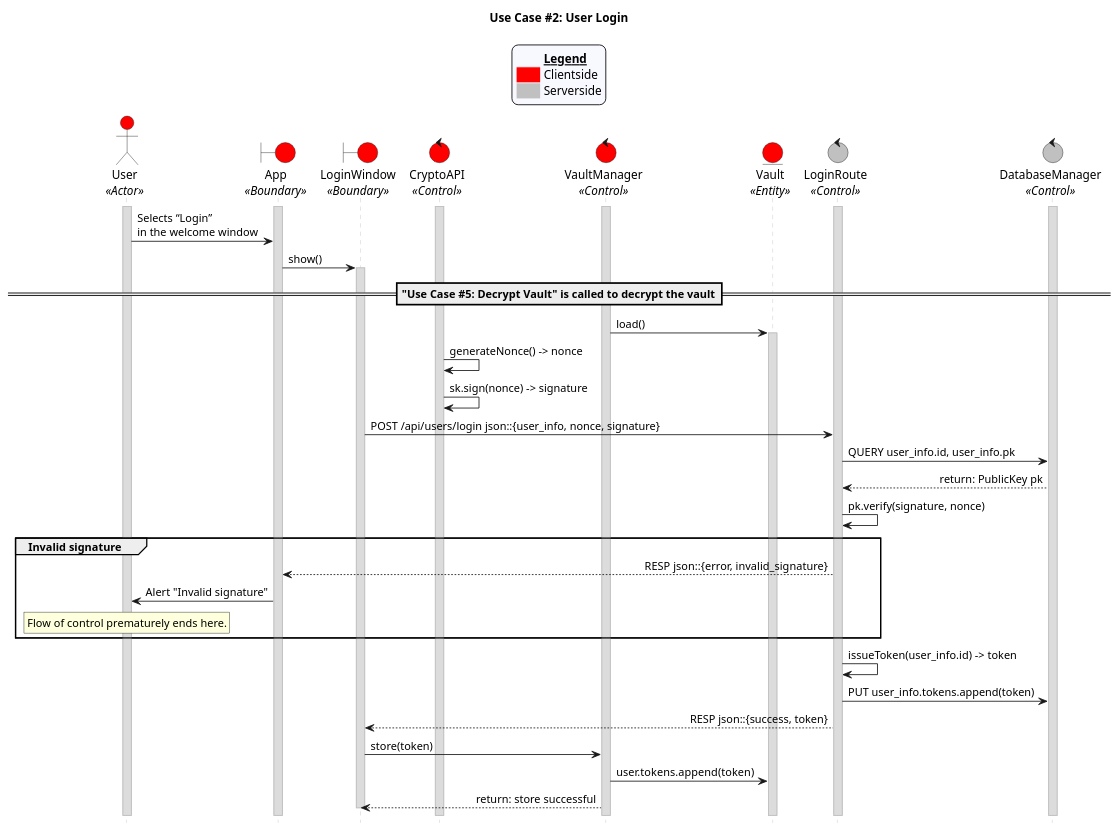
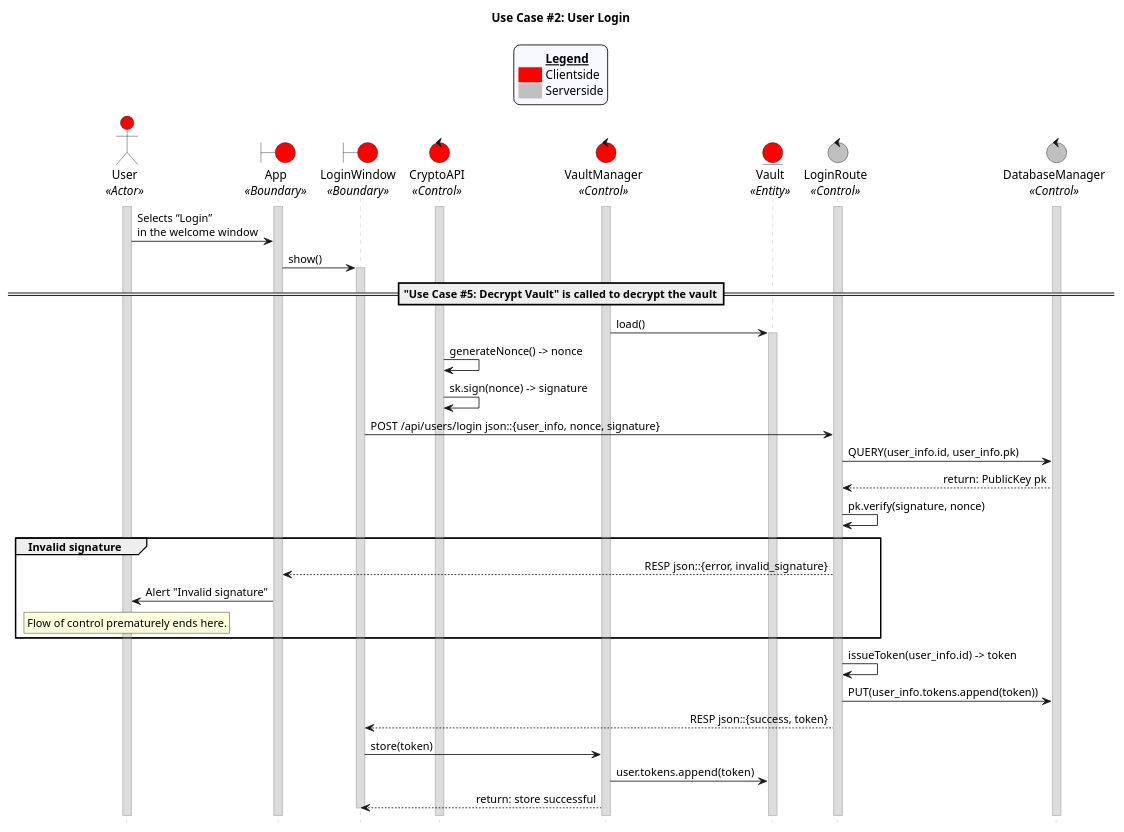
One commit to CECS-491-SP24-Group-1/seq-diagrams changed the diagram in uc_02.puml. Above: the diagram before and after it, drawn with PlantUML. The commit also changed 4 other files, not shown here.

```diff
--- a/uc_02.puml
+++ b/uc_02.puml
@@ -1,88 +1,88 @@
 @startuml uc02
 title "Use Case #2: User Login"
 
 'Styling goes here
 hide footbox
 skinparam stereotypePosition bottom
 skinparam sequenceMessageAlign direction
 skinparam sequence {
     LifeLineBorderColor #Silver
     LifeLineBackgroundColor #Gainsboro
 }
 
 'Add a legend plus styling
 skinparam legend {
 	backgroundColor #GhostWhite
 	entrySeparator #GhostWhite
 }
 
 legend top
 	<#GhostWhite,#GhostWhite>|	|= __Legend__ |
 	|<#red> | Clientside|
 	|<#silver> | Serverside|
 endlegend
 
 'Setup the objects involved here
 actor User as u <<Actor>> #red
 boundary App as a <<Boundary>> #red
 boundary LoginWindow as lw <<Boundary>> #red
 control CryptoAPI as ca <<Control>> #red
 control VaultManager as vm <<Control>> #red
 entity Vault as v <<Entity>> #red
 control LoginRoute as lr <<Control>> #silver
 control DatabaseManager as db <<Control>> #silver
 
 'Setup persistent objects here
 activate u 
 activate a
 activate ca
 activate vm
 activate lr
 activate db
 
 '--- FLOW OF CONTROL STARTS HERE ---
 'User selects “Login” on the front page.
 u -> a: Selects “Login” \nin the welcome window
 
 'System shows a form to login.
 a -> lw: show()
 activate lw
 
 =="Use Case #5: Decrypt Vault" is called to decrypt the vault==
 vm -> v: load()
 activate v
 
 'User's device creates a nonce, signs it, and sends it to the server.
 ca -> ca: generateNonce() -> nonce
 ca -> ca: sk.sign(nonce) -> signature
 lw -> lr: POST /api/users/login json::{user_info, nonce, signature}
 
 'The server verifies the signature against the known public key.
-lr -> db: QUERY user_info.id, user_info.pk
+lr -> db: QUERY(user_info.id, user_info.pk)
 db --> lr: return: PublicKey pk
 lr -> lr: pk.verify(signature, nonce)
 
 'Case 1: The signature is invalid.
 group Invalid signature
 	lr --> a: RESP json::{error, invalid_signature}
 	a -> u: Alert "Invalid signature"
 	rnote over u
 	Flow of control prematurely ends here.
 	endrnote
 end
 
 'Server issues a token for the user, establishing the existence of the login session.
 lr -> lr: issueToken(user_info.id) -> token
-lr -> db: PUT user_info.tokens.append(token)
+lr -> db: PUT(user_info.tokens.append(token))
 
 'Server sends the token to the user, confirming the success of the login
 lr --> lw: RESP json::{success, token}
 
 'User persists the token in local storage.
 lw -> vm: store(token)
 vm -> v: user.tokens.append(token)
 vm --> lw: return: store successful
 deactivate lw
 '--- FLOW OF CONTROL ENDS HERE   ---
 
 @enduml
```
